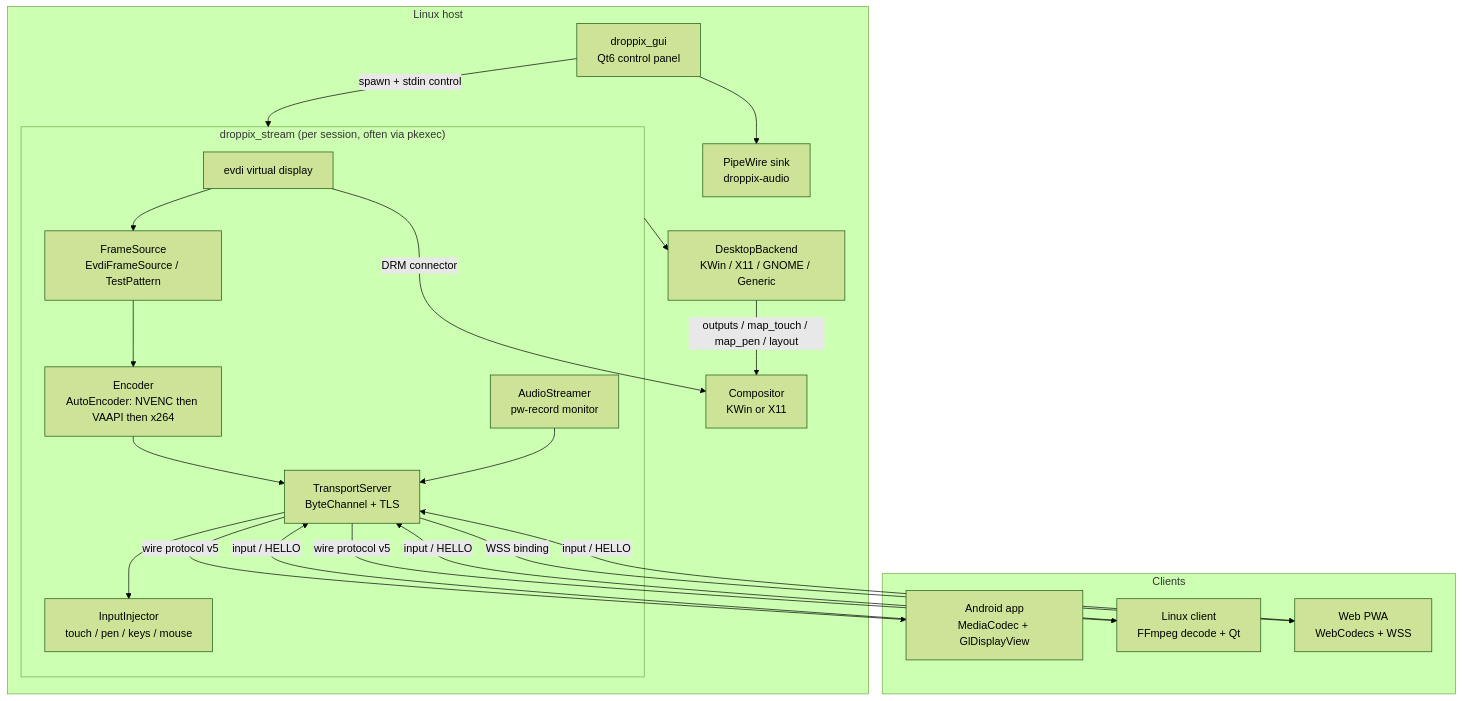
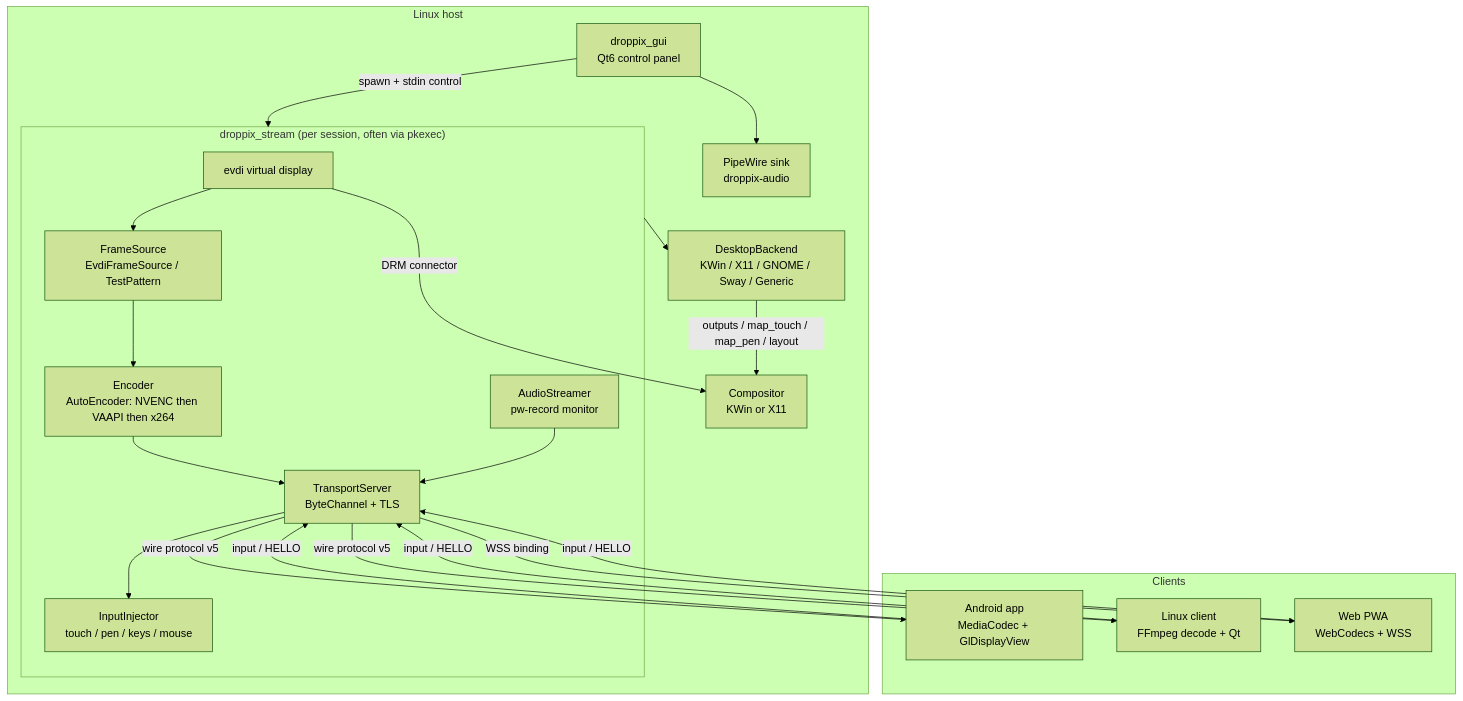
One commit to Spinjitsudoom/droppix changed the first of 10 diagrams in docs/ARCHITECTURE.md. Above: the diagram before and after it, drawn with Mermaid (forest theme). The commit also changed other lines of this file and 18 other files, not shown here.

First line of the commit message:
feat(host): Sway backend; stop treating Sway-on-wayland-1 as X11

````diff
--- a/docs/ARCHITECTURE.md
+++ b/docs/ARCHITECTURE.md
@@ -11,41 +11,41 @@
 ```mermaid
 graph TB
     subgraph Host["Linux host"]
         GUI["droppix_gui<br/>Qt6 control panel"]
         PW["PipeWire sink<br/>droppix-audio"]
-        DB["DesktopBackend<br/>KWin / X11 / GNOME / Generic"]
+        DB["DesktopBackend<br/>KWin / X11 / GNOME / Sway / Generic"]
 
         subgraph Streamer["droppix_stream (per session, often via pkexec)"]
             EVDI["evdi virtual display"]
             CAP["FrameSource<br/>EvdiFrameSource / TestPattern"]
             ENC["Encoder<br/>AutoEncoder: NVENC then VAAPI then x264"]
             TX["TransportServer<br/>ByteChannel + TLS"]
             INJ["InputInjector<br/>touch / pen / keys / mouse"]
             AUD["AudioStreamer<br/>pw-record monitor"]
         end
 
         GUI -->|"spawn + stdin control"| Streamer
         GUI --> PW
         EVDI --> CAP
         CAP --> ENC
         ENC --> TX
         AUD --> TX
         TX --> INJ
         Streamer --> DB
         DB -->|"outputs / map_touch / map_pen / layout"| COMP["Compositor<br/>KWin or X11"]
         EVDI -->|"DRM connector"| COMP
     end
 
     subgraph Clients["Clients"]
         AND["Android app<br/>MediaCodec + GlDisplayView"]
         LNX["Linux client<br/>FFmpeg decode + Qt"]
         WEB["Web PWA<br/>WebCodecs + WSS"]
     end
 
     TX -->|"wire protocol v5"| AND
     AND -->|"input / HELLO"| TX
     TX -->|"wire protocol v5"| LNX
     LNX -->|"input / HELLO"| TX
     TX -->|"WSS binding"| WEB
     WEB -->|"input / HELLO"| TX
 ```
````
